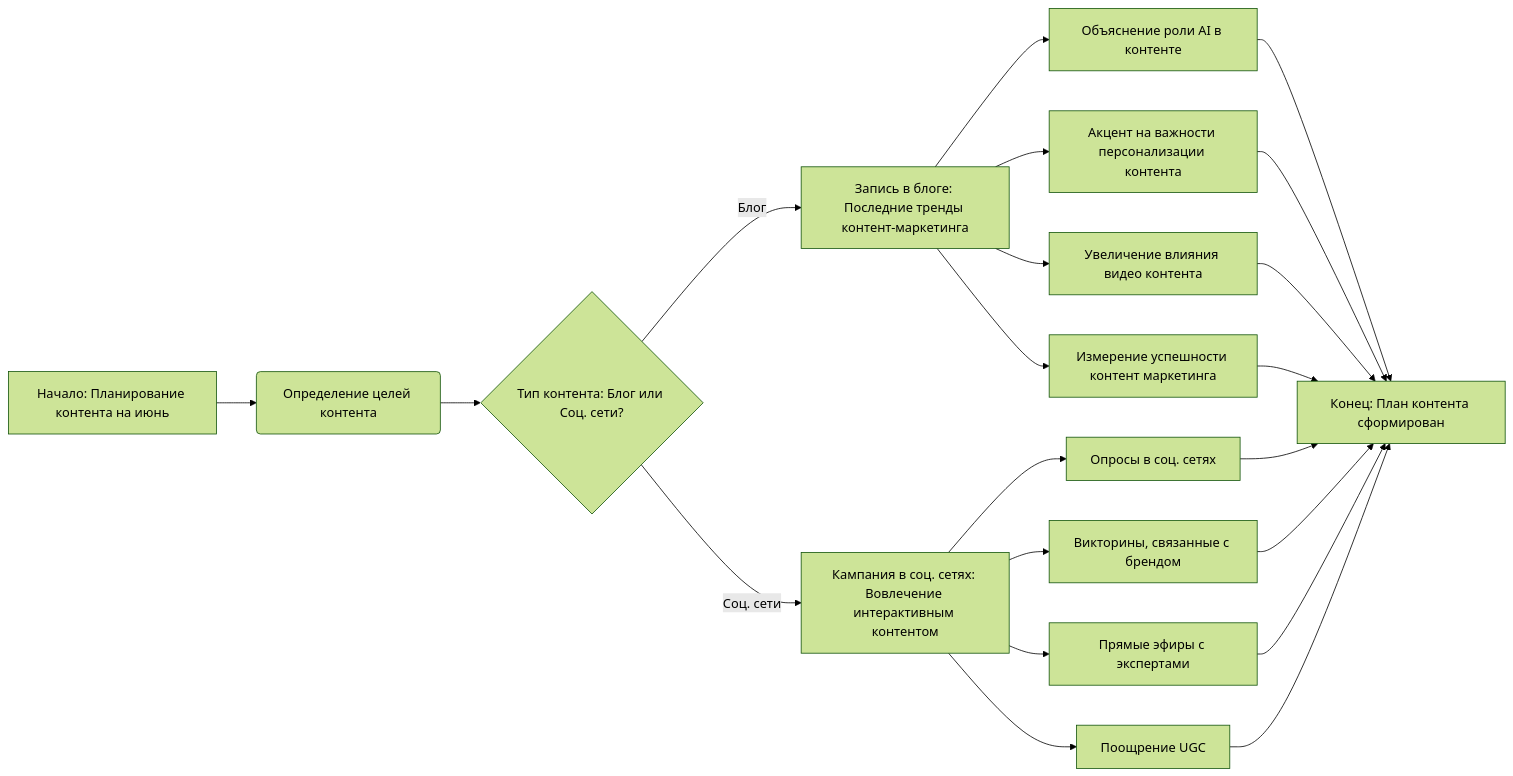
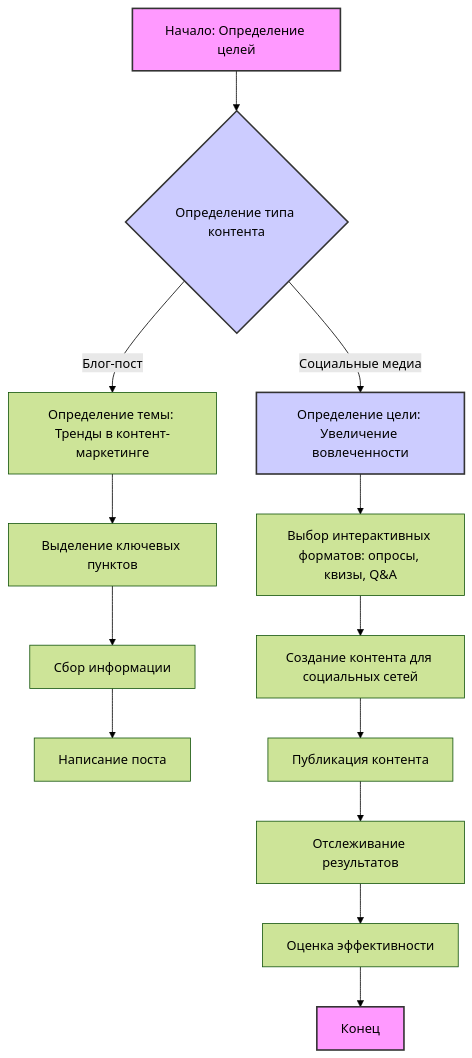
Before and after one commit to hypo69/hypo: the first of 2 diagrams in docs/gemini/ru/explainer/src/ai/tiny_troupe/TinyTroupe/examples/scratch/outputs/scratches/tool_usage/Document/Content Ideas for June.None.md.md, drawn with Mermaid (forest theme). The commit also changed other lines of this file and 6031 other files, not shown here.

````diff
--- a/docs/gemini/ru/explainer/src/ai/tiny_troupe/TinyTroupe/examples/scratch/outputs/scratches/tool_usage/Document/Content Ideas for June.None.md.md
+++ b/docs/gemini/ru/explainer/src/ai/tiny_troupe/TinyTroupe/examples/scratch/outputs/scratches/tool_usage/Document/Content Ideas for June.None.md.md
@@ -35,25 +9,21 @@
 ```mermaid
-graph LR
-    A[Начало: Планирование контента на июнь] --> B(Определение целей контента)
-    B --> C{Тип контента: Блог или Соц. сети?}
-    C -- Блог --> D[Запись в блоге: Последние тренды контент-маркетинга]
-    D --> E[Объяснение роли AI в контенте]
-    D --> F[Акцент на важности персонализации контента]
-    D --> G[Увеличение влияния видео контента]
-    D --> H[Измерение успешности контент маркетинга]
-
-    C -- Соц. сети --> I[Кампания в соц. сетях: Вовлечение интерактивным контентом]
-    I --> J[Опросы в соц. сетях]
-    I --> K[Викторины, связанные с брендом]
-    I --> L[Прямые эфиры с экспертами]
-    I --> M[Поощрение UGC]
-
-    E --> N[Конец: План контента сформирован]
-    F --> N
-    G --> N
-    H --> N
-    J --> N
-    K --> N
-    L --> N
-    M --> N
+graph TD
+    A[Начало: Определение целей] --> B{Определение типа контента}
+    B -- Блог-пост --> C[Определение темы: Тренды в контент-маркетинге]
+    C --> D[Выделение ключевых пунктов]
+    D --> E[Сбор информации]
+    E --> F[Написание поста]
+    B -- Социальные медиа --> G[Определение цели: Увеличение вовлеченности]
+    G --> H[Выбор интерактивных форматов: опросы, квизы, Q&A]
+    H --> I[Создание контента для социальных сетей]
+    I --> J[Публикация контента]
+    J --> K[Отслеживание результатов]
+    K --> L[Оценка эффективности]
+    L --> M[Конец]
+    
+    style A fill:#f9f,stroke:#333,stroke-width:2px
+     style B fill:#ccf,stroke:#333,stroke-width:2px
+     style G fill:#ccf,stroke:#333,stroke-width:2px
+     style M fill:#f9f,stroke:#333,stroke-width:2px
+    
 ```
````
